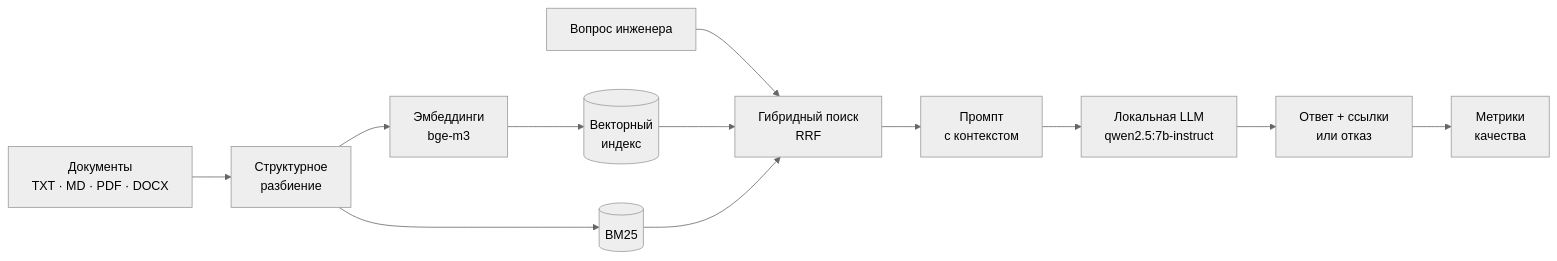
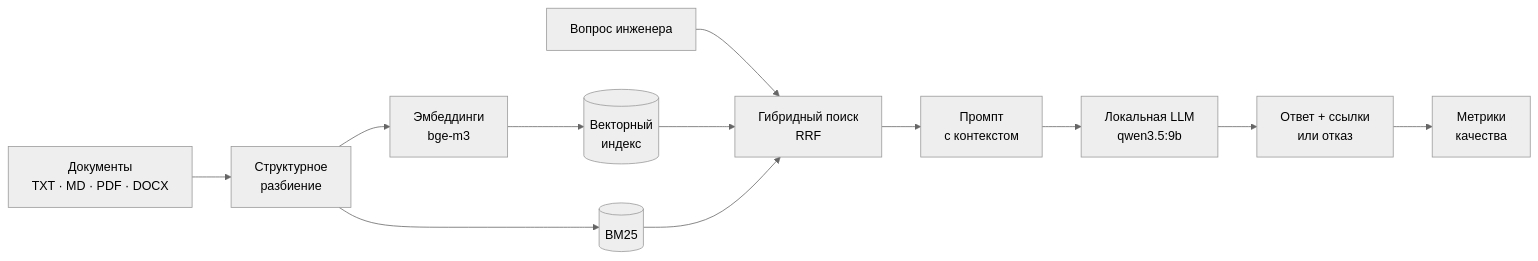
The diagram in README.md (Voldemurik/URFU-PROTALANT), drawn with Mermaid (neutral theme) before and after one commit. The commit also changed other lines of this file and 1 other file, not shown here.

````diff
--- a/README.md
+++ b/README.md
@@ -55,14 +55,14 @@
 ```mermaid
 flowchart LR
     D[Документы<br/>TXT · MD · PDF · DOCX] --> C[Структурное<br/>разбиение]
     C --> E[Эмбеддинги<br/>bge-m3]
     E --> V[(Векторный<br/>индекс)]
     C --> B[(BM25)]
     Q[Вопрос инженера] --> R[Гибридный поиск<br/>RRF]
     V --> R
     B --> R
     R --> P[Промпт<br/>с контекстом]
-    P --> M[Локальная LLM<br/>qwen2.5:7b-instruct]
+    P --> M[Локальная LLM<br/>qwen3.5:9b]
     M --> A[Ответ + ссылки<br/>или отказ]
     A --> X[Метрики<br/>качества]
 ```
````
